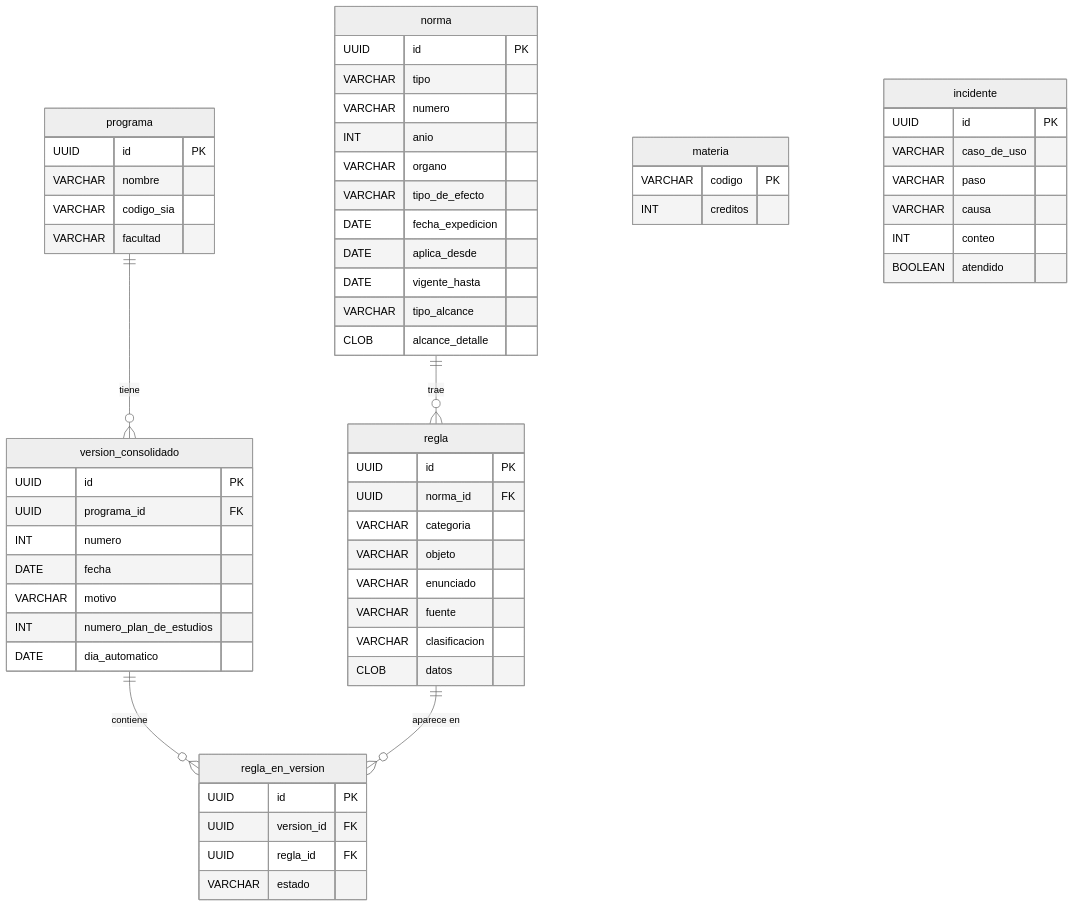
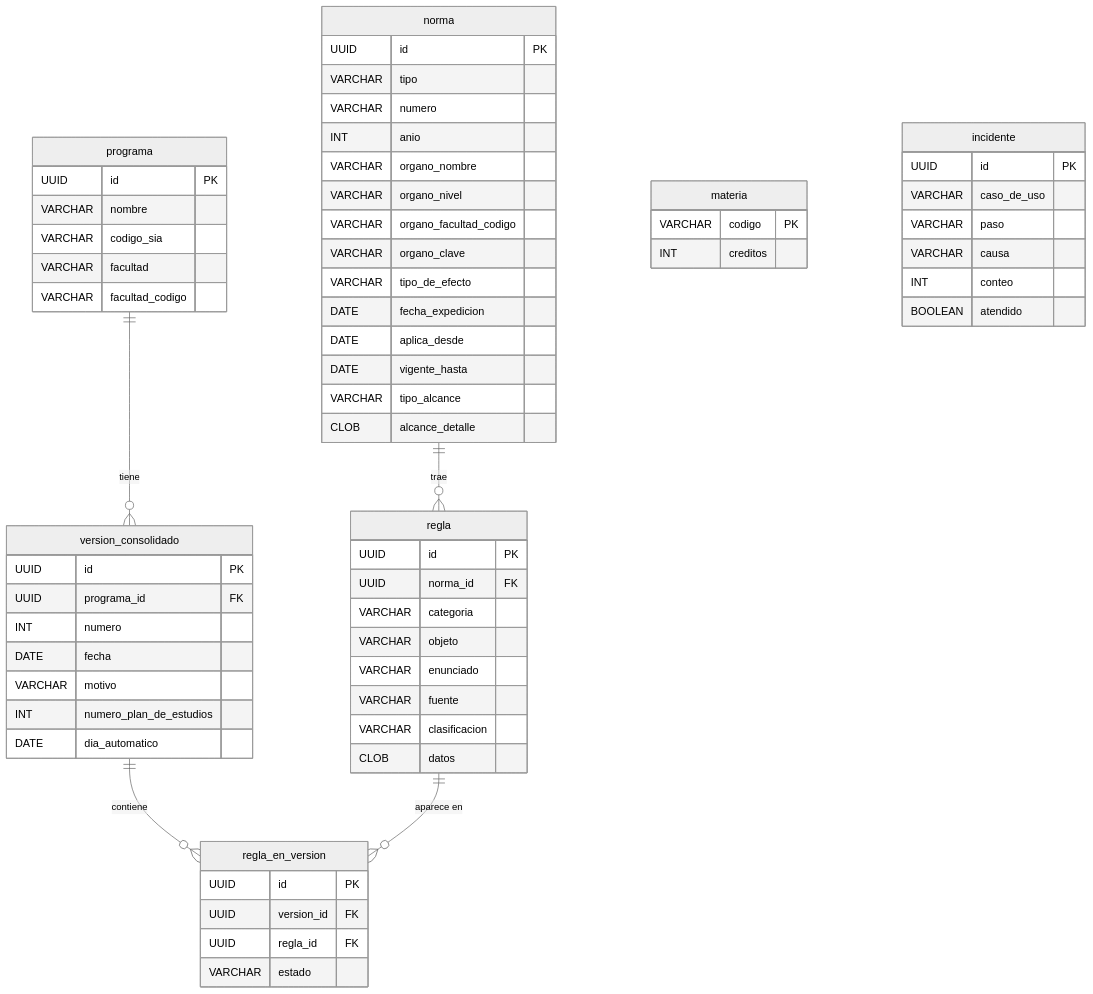
Before and after one commit to SamuelGomezG/RutaUN: the diagram in docs/datos/esquema-de-la-base.md, drawn with Mermaid (neutral theme). The commit also changed other lines of this file and 2 other files, not shown here.

````diff
--- a/docs/datos/esquema-de-la-base.md
+++ b/docs/datos/esquema-de-la-base.md
@@ -19,64 +19,68 @@
 ```mermaid
 erDiagram
     programa ||--o{ version_consolidado : "tiene"
     version_consolidado ||--o{ regla_en_version : "contiene"
     regla ||--o{ regla_en_version : "aparece en"
     norma ||--o{ regla : "trae"
 
     programa {
         UUID id PK
         VARCHAR nombre
         VARCHAR codigo_sia
         VARCHAR facultad
+        VARCHAR facultad_codigo
     }
     norma {
         UUID id PK
         VARCHAR tipo
         VARCHAR numero
         INT anio
-        VARCHAR organo
+        VARCHAR organo_nombre
+        VARCHAR organo_nivel
+        VARCHAR organo_facultad_codigo
+        VARCHAR organo_clave
         VARCHAR tipo_de_efecto
         DATE fecha_expedicion
         DATE aplica_desde
         DATE vigente_hasta
         VARCHAR tipo_alcance
         CLOB alcance_detalle
     }
     regla {
         UUID id PK
         UUID norma_id FK
         VARCHAR categoria
         VARCHAR objeto
         VARCHAR enunciado
         VARCHAR fuente
         VARCHAR clasificacion
         CLOB datos
     }
     version_consolidado {
         UUID id PK
         UUID programa_id FK
         INT numero
         DATE fecha
         VARCHAR motivo
         INT numero_plan_de_estudios
         DATE dia_automatico
     }
     regla_en_version {
         UUID id PK
         UUID version_id FK
         UUID regla_id FK
         VARCHAR estado
     }
     materia {
         VARCHAR codigo PK
         INT creditos
     }
     incidente {
         UUID id PK
         VARCHAR caso_de_uso
         VARCHAR paso
         VARCHAR causa
         INT conteo
         BOOLEAN atendido
     }
 ```
````
